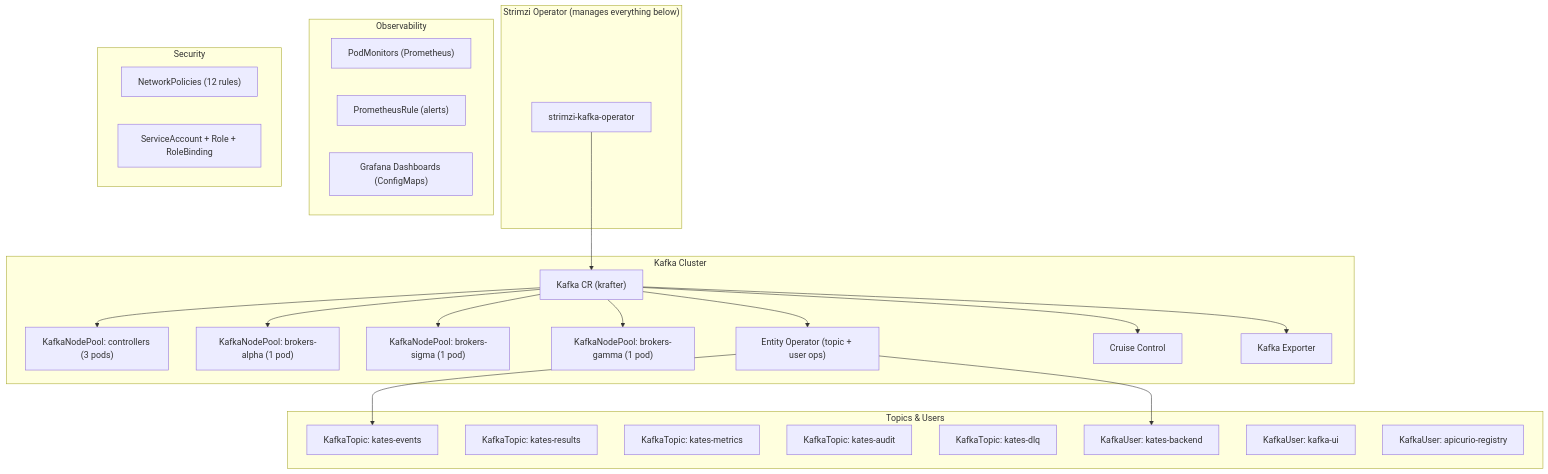
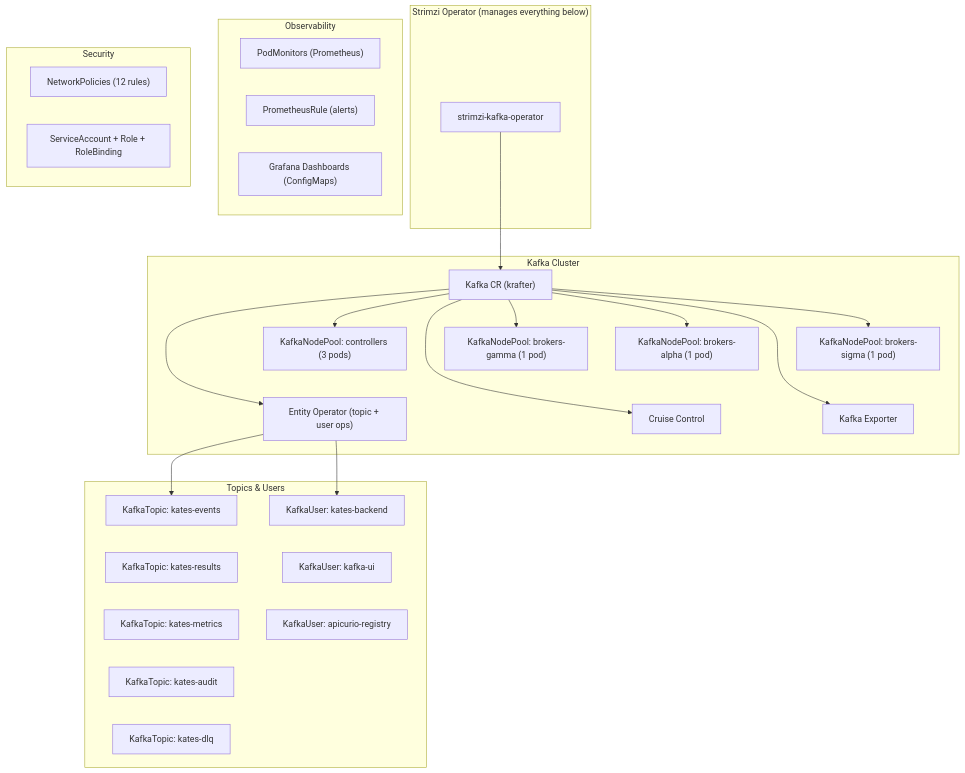
The first of 5 diagrams in docs/book/20-installation-guide.md (actions-marketplace-validations/bmscomp_kates), drawn with Mermaid before and after one commit. The commit also changed other lines of this file and 21 other files, not shown here.

First line of the commit message:
docs(book): readable code and diagrams, and a light/dark theme (#187)

````diff
--- a/docs/book/20-installation-guide.md
+++ b/docs/book/20-installation-guide.md
@@ -139,50 +139,56 @@
 ```mermaid
 graph TD
     subgraph "Strimzi Operator (manages everything below)"
         OP["strimzi-kafka-operator"]
     end
 
     subgraph "Kafka Cluster"
         KC["Kafka CR (krafter)"]
         CP["KafkaNodePool: controllers (3 pods)"]
         BP1["KafkaNodePool: brokers-alpha (1 pod)"]
         BP2["KafkaNodePool: brokers-sigma (1 pod)"]
         BP3["KafkaNodePool: brokers-gamma (1 pod)"]
         EO["Entity Operator (topic + user ops)"]
         CC["Cruise Control"]
         KE["Kafka Exporter"]
     end
 
     subgraph "Topics & Users"
         T1["KafkaTopic: kates-events"]
         T2["KafkaTopic: kates-results"]
         T3["KafkaTopic: kates-metrics"]
         T4["KafkaTopic: kates-audit"]
         T5["KafkaTopic: kates-dlq"]
         U1["KafkaUser: kates-backend"]
         U2["KafkaUser: kafka-ui"]
         U3["KafkaUser: apicurio-registry"]
     end
 
     subgraph "Observability"
         PM["PodMonitors (Prometheus)"]
         AR["PrometheusRule (alerts)"]
         GD["Grafana Dashboards (ConfigMaps)"]
     end
 
     subgraph "Security"
         NP["NetworkPolicies (12 rules)"]
         RBAC["ServiceAccount + Role + RoleBinding"]
     end
 
     OP --> KC
     KC --> CP
     KC --> BP1
     KC --> BP2
     KC --> BP3
     KC --> EO
     KC --> CC
     KC --> KE
     EO --> T1
     EO --> U1
+
+    CP ~~~ EO
+    BP1 ~~~ CC
+    BP2 ~~~ KE
+    T1 ~~~ T2 ~~~ T3 ~~~ T4 ~~~ T5
+    U1 ~~~ U2 ~~~ U3
 ```
````
